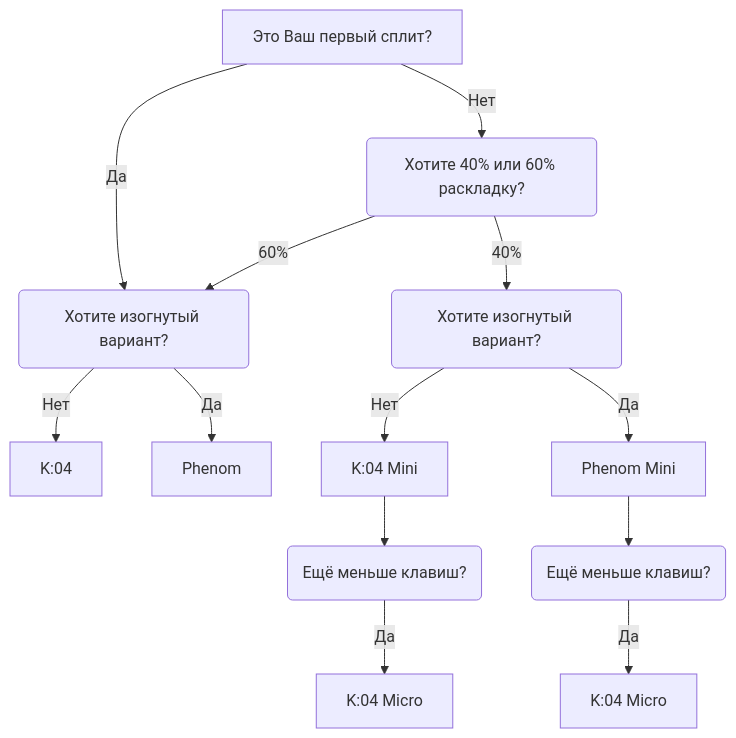
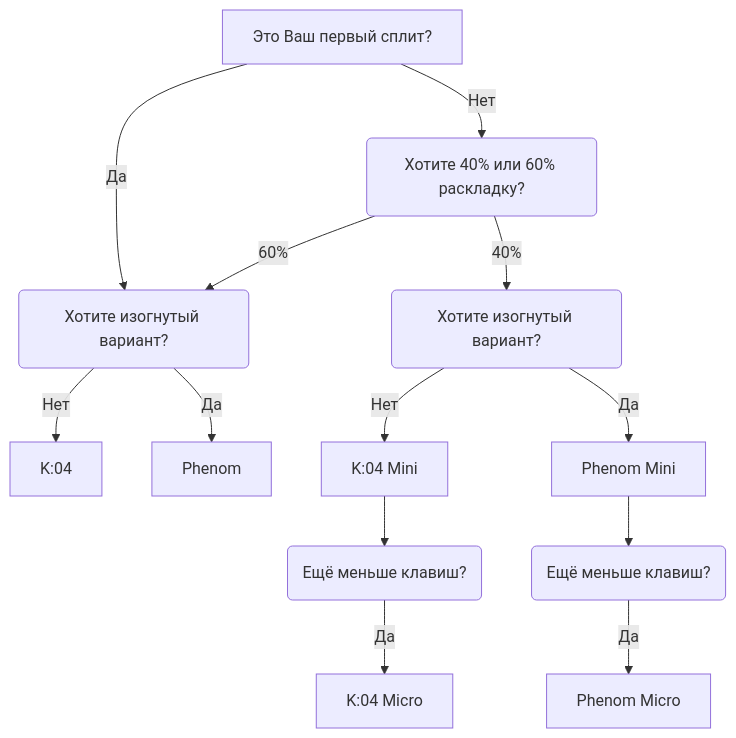
One commit to D19ital/docs changed the diagram in content/new.md. Above: the diagram before and after it, drawn with Mermaid. The commit also changed other lines of this file, not shown here.

````diff
--- a/content/new.md
+++ b/content/new.md
@@ -180,28 +179,28 @@
 ```mermaid
 flowchart TD;
 
     First[Это Ваш первый сплит?] -- Да --> Q3
     First -- Нет --> Second
 
     Second(Хотите 40% или 60% раскладку?) -- 40% --> Q4(Хотите изогнутый вариант?)
     Second -- 60% --> Q3(Хотите изогнутый вариант?)
 
-    Q3 -- Нет --> K:04[K:04]
+    Q3 -- Нет --> K04[K:04]
     Q3 -- Да --> Phenom[Phenom]
 
-    Q4 -- Нет --> K:04_Mini[K:04 Mini]
+    Q4 -- Нет --> K04_Mini[K:04 Mini]
     Q4 -- Да --> Phenom_Mini[Phenom Mini]
 
-    K:04_Mini --> Q5(Ещё меньше клавиш?)
-    Q5 -- Да --> K:04_Micro[K:04 Micro]
+    K04_Mini --> Q5(Ещё меньше клавиш?)
+    Q5 -- Да --> K04_Micro[K:04 Micro]
 
     Phenom_Mini --> Q6(Ещё меньше клавиш?)
-    Q6 -- Да --> Phenom_Micro[K:04 Micro]
+    Q6 -- Да --> Phenom_Micro[Phenom Micro]
 
-    click K:04 "https://eh.works/shop/tproduct/767494027-753257791163-k04" _blank
+    click K04 "https://eh.works/shop/tproduct/767494027-753257791163-k04" _blank
     click Phenom "https://eh.works/shop/tproduct/767494027-549625025652-phenom" _blank
-    click K:04_Mini "https://eh.works/shop/tproduct/767494027-901597181103-k04-mini" _blank
+    click K04_Mini "https://eh.works/shop/tproduct/767494027-901597181103-k04-mini" _blank
     click Phenom_Mini "https://eh.works/shop/tproduct/767494027-395786351472-phenom-mini" _blank
-    click K:04_Micro "https://eh.works/shop/tproduct/767494027-627218219263-k04-micro" _blank
+    click K04_Micro "https://eh.works/shop/tproduct/767494027-627218219263-k04-micro" _blank
     click Phenom_Micro "https://eh.works/shop/tproduct/767494027-687509759292-phenom-micro" _blank
 ```
````
